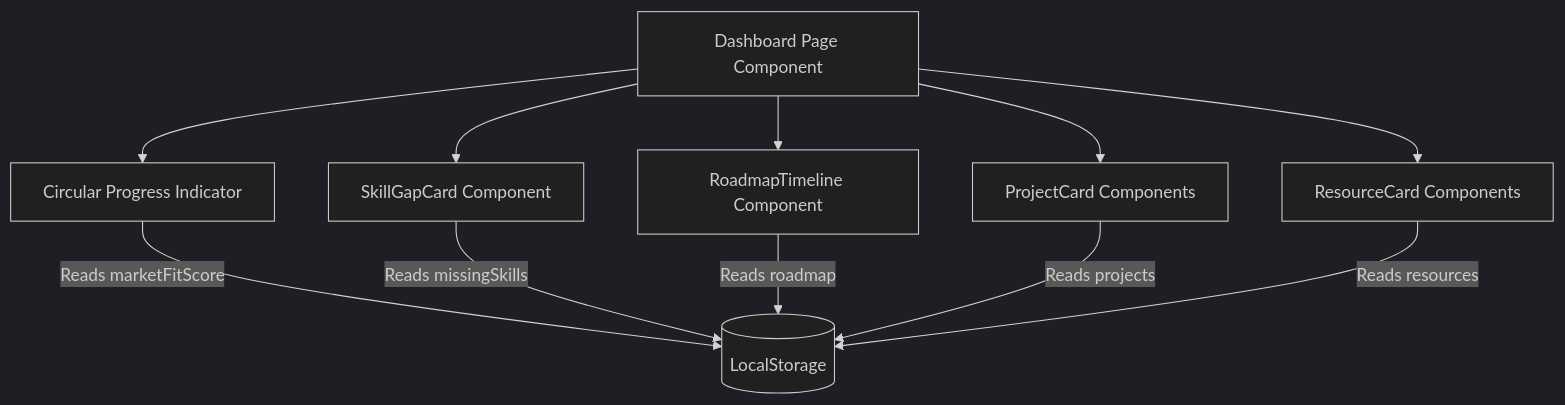
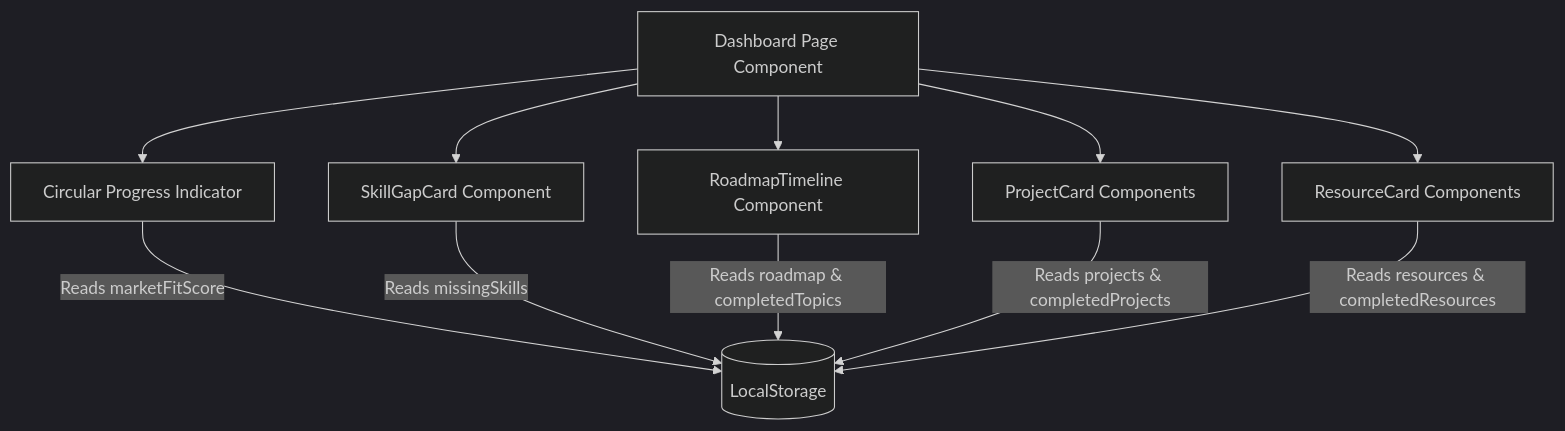
Before and after one commit to sharmaakash-198/Career-Compass: the seventh of 12 diagrams in frontend/INFRASTRUCTURE.md, drawn with Mermaid. The commit also changed other lines of this file, not shown here.

````diff
--- a/frontend/INFRASTRUCTURE.md
+++ b/frontend/INFRASTRUCTURE.md
@@ -343,16 +349,16 @@
 ```mermaid
 %%{init: {'theme': 'dark'}}%%
 graph TD
     DashboardPage[Dashboard Page Component]
     DashboardPage --> circularRing[Circular Progress Indicator]
     DashboardPage --> gapsCard[SkillGapCard Component]
     DashboardPage --> timelineNode[RoadmapTimeline Component]
     DashboardPage --> projCard[ProjectCard Components]
     DashboardPage --> resCard[ResourceCard Components]
     
     circularRing -->|Reads marketFitScore| localDB[(LocalStorage)]
     gapsCard -->|Reads missingSkills| localDB
-    timelineNode -->|Reads roadmap| localDB
-    projCard -->|Reads projects| localDB
-    resCard -->|Reads resources| localDB
+    timelineNode -->|Reads roadmap & completedTopics| localDB
+    projCard -->|Reads projects & completedProjects| localDB
+    resCard -->|Reads resources & completedResources| localDB
 ```
````
